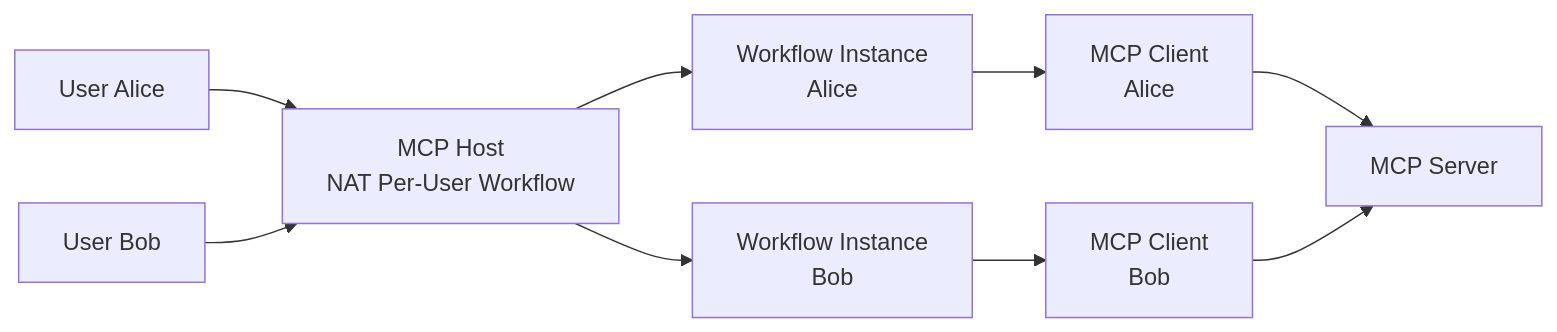
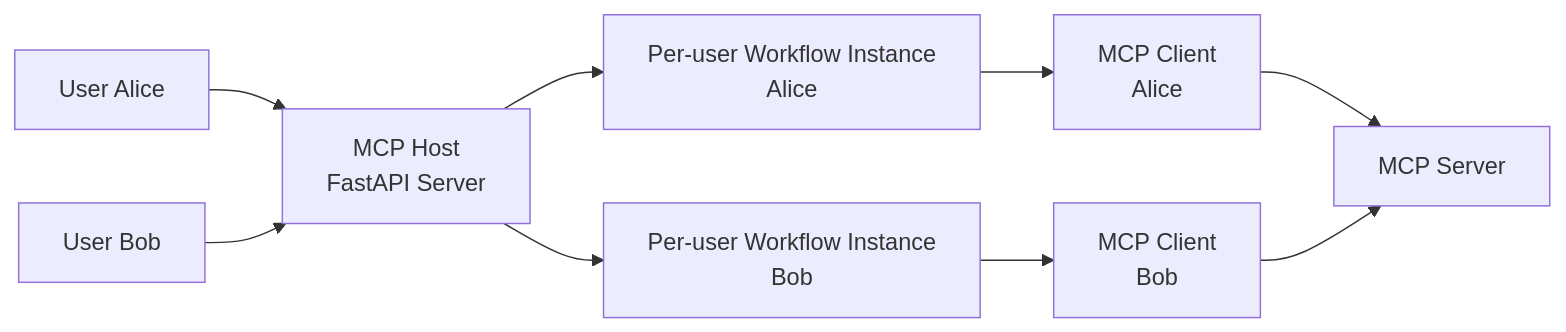
The third of 3 diagrams in docs/source/components/auth/mcp-auth/index.md (salmanmkc/NeMo-Agent-Toolkit), drawn with Mermaid before and after one commit. The commit also changed 1 other file, not shown here.

````diff
--- a/docs/source/components/auth/mcp-auth/index.md
+++ b/docs/source/components/auth/mcp-auth/index.md
@@ -241,14 +241,14 @@
 ```mermaid
 flowchart LR
-  U1[User Alice] --> H[MCP Host<br/>NAT Per-User Workflow]
+  U1[User Alice] --> H[MCP Host<br/>FastAPI Server]
   U2[User Bob] --> H
 
-  H --> W1[Workflow Instance<br/>Alice]
-  H --> W2[Workflow Instance<br/>Bob]
+  H --> W1[Per-user Workflow Instance<br/>Alice]
+  H --> W2[Per-user Workflow Instance<br/>Bob]
 
   W1 --> C1[MCP Client<br/>Alice]
   W2 --> C2[MCP Client<br/>Bob]
 
   C1 --> S[MCP Server]
   C2 --> S
 ```
````
